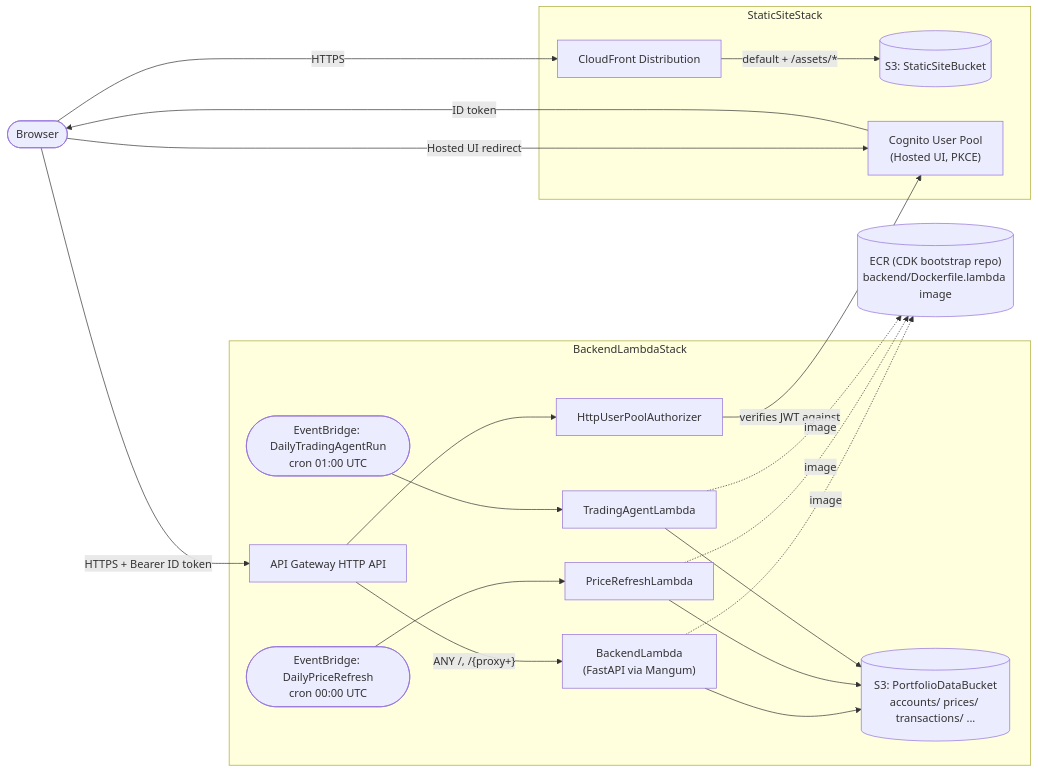
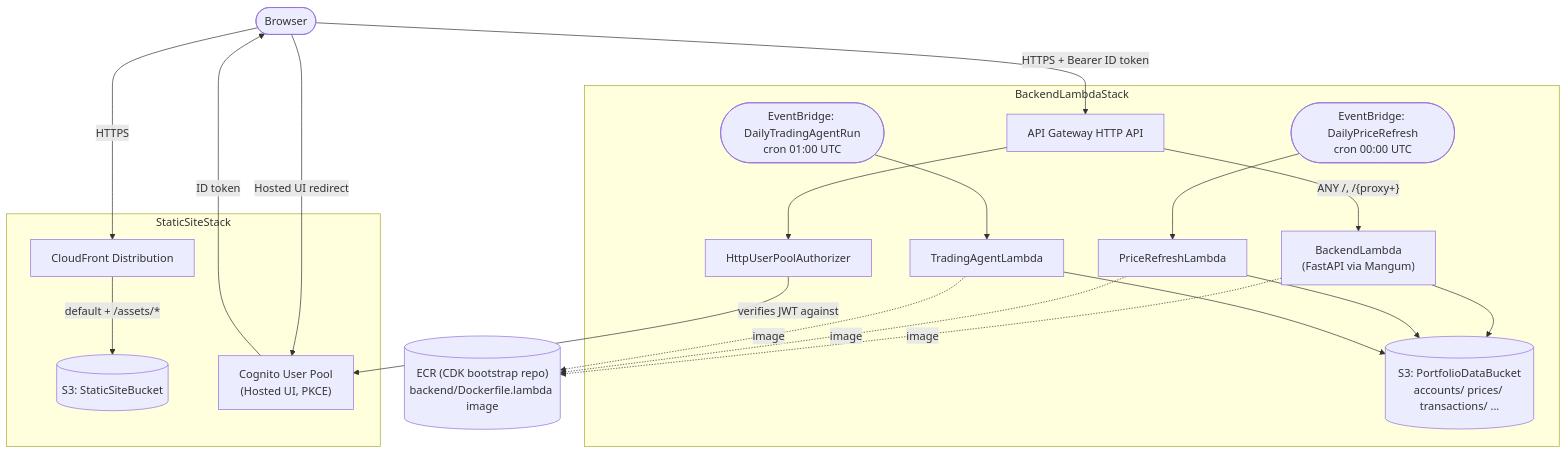
One commit to leonarduk/allotmint changed the first of 2 diagrams in README.md. Above: the diagram before and after it, drawn with Mermaid. The commit also changed other lines of this file and 1 other file, not shown here.

Commit message:
docs: remove stale AWS architecture SVG, unify Mermaid diagram direction (#5231)
The static docs/aws-architecture.svg was hand-authored separately from the
inline Mermaid diagram and had already drifted (it dropped the ECR node that
the Mermaid diagram still shows). Since GitHub renders Mermaid blocks
natively, the SVG fallback is redundant and only added a second copy to keep
in sync. Removed it and pointed the README at the Mermaid blocks directly.

Also unified both diagrams to flowchart TD (the topology diagram used LR)
for visual consistency.

Closes #4888, closes #4889, closes #4891

````diff
--- a/README.md
+++ b/README.md
@@ -25,40 +25,40 @@
 ```mermaid
-flowchart LR
+flowchart TD
     Browser(["Browser"])
 
     subgraph StaticSiteStack["StaticSiteStack"]
         CF["CloudFront Distribution"]
         S3Static[("S3: StaticSiteBucket")]
         Cognito["Cognito User Pool\n(Hosted UI, PKCE)"]
     end
 
     subgraph BackendLambdaStack["BackendLambdaStack"]
         APIGW["API Gateway HTTP API"]
         Authorizer["HttpUserPoolAuthorizer"]
         Lambda["BackendLambda\n(FastAPI via Mangum)"]
         S3Data[("S3: PortfolioDataBucket\naccounts/ prices/ transactions/ ...")]
         PriceLambda["PriceRefreshLambda"]
         TradingLambda["TradingAgentLambda"]
         RuleA(["EventBridge: DailyPriceRefresh\ncron 00:00 UTC"])
         RuleB(["EventBridge: DailyTradingAgentRun\ncron 01:00 UTC"])
     end
 
     ECR[("ECR (CDK bootstrap repo)\nbackend/Dockerfile.lambda image")]
 
     Browser -- "HTTPS" --> CF
     CF -- "default + /assets/*" --> S3Static
     Browser -- "Hosted UI redirect" --> Cognito
     Cognito -- "ID token" --> Browser
     Browser -- "HTTPS + Bearer ID token" --> APIGW
     APIGW --> Authorizer
     Authorizer -- "verifies JWT against" --> Cognito
     APIGW -- "ANY /, /{proxy+}" --> Lambda
     Lambda --> S3Data
     RuleA --> PriceLambda
     RuleB --> TradingLambda
     PriceLambda --> S3Data
     TradingLambda --> S3Data
     Lambda -.image.-> ECR
     PriceLambda -.image.-> ECR
     TradingLambda -.image.-> ECR
 ```
````
